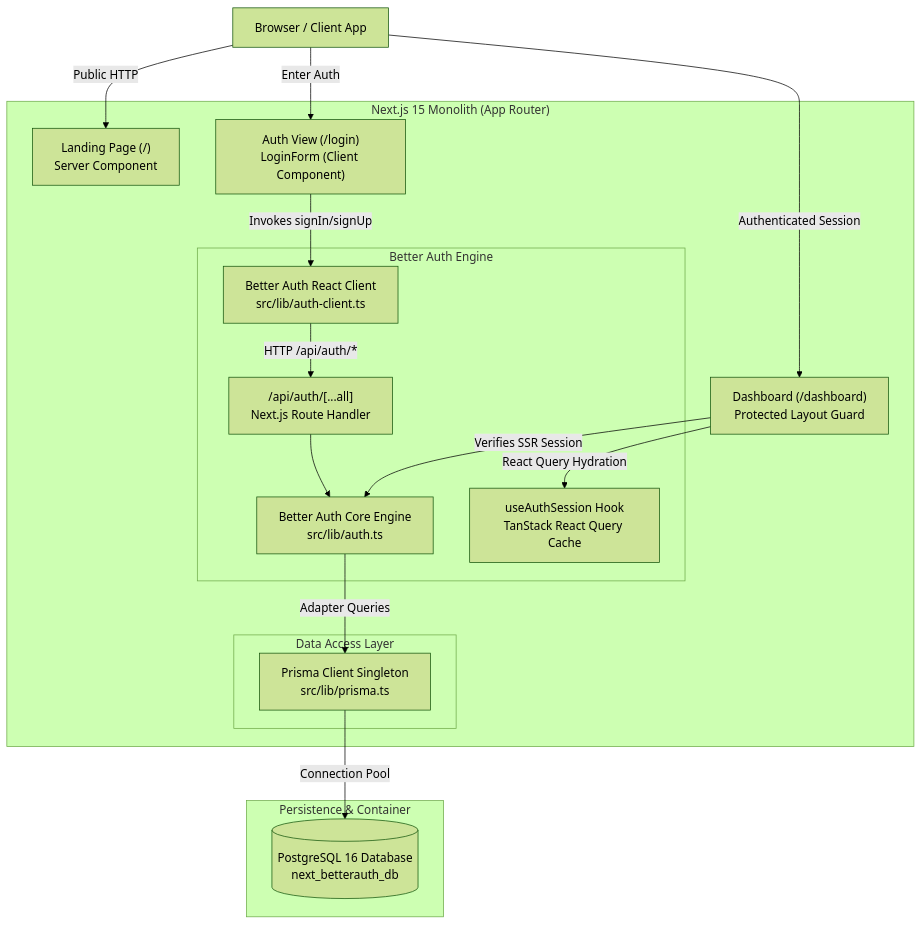
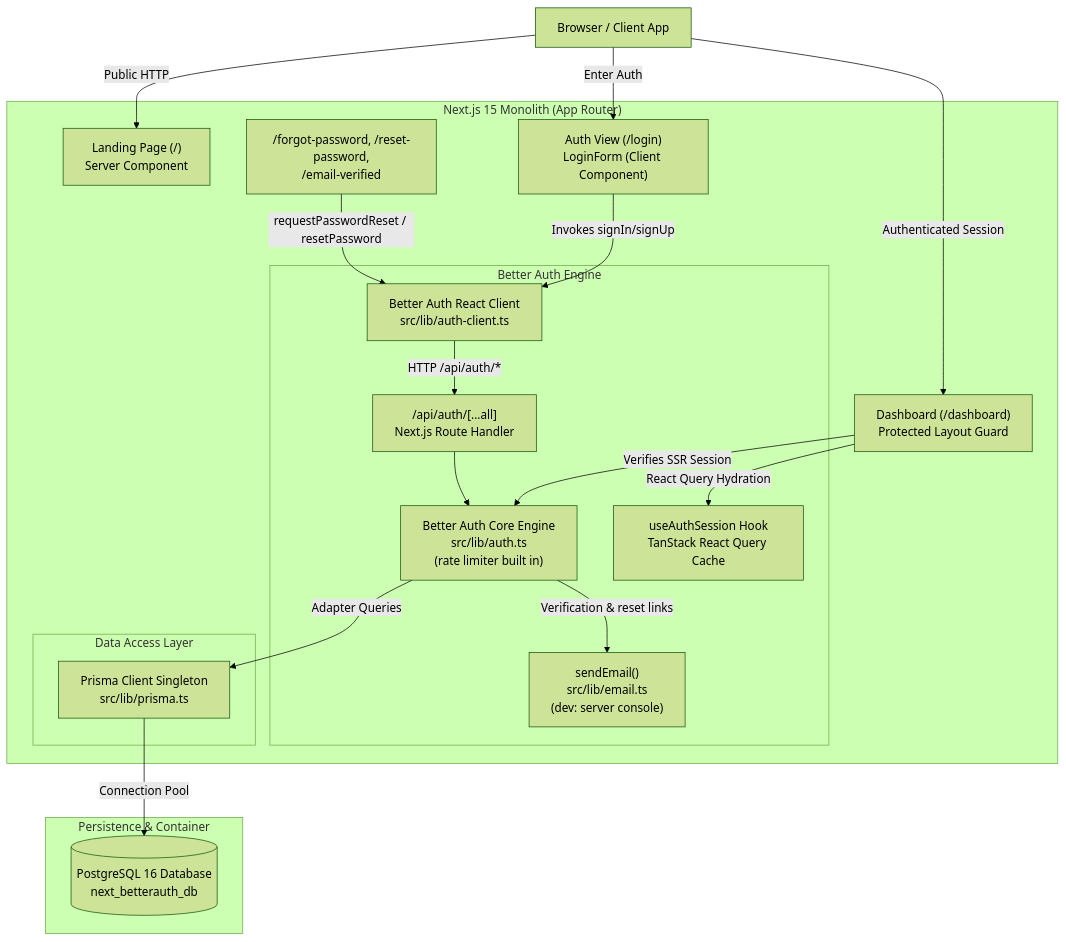
Before and after one commit to rmValdez/next-betterAuth-monolith-template: the first of 4 diagrams in ARCHITECTURE.md, drawn with Mermaid (forest theme). The commit also changed other lines of this file and 14 other files, not shown here.

````diff
--- a/ARCHITECTURE.md
+++ b/ARCHITECTURE.md
@@ -9,41 +9,45 @@
 ```mermaid
 graph TD
     Client["Browser / Client App"]
 
     subgraph NextJS["Next.js 15 Monolith (App Router)"]
         Landing["Landing Page (/)<br/>Server Component"]
         LoginUI["Auth View (/login)<br/>LoginForm (Client Component)"]
+        RecoveryUI["/forgot-password, /reset-password,<br/>/email-verified"]
         DashboardUI["Dashboard (/dashboard)<br/>Protected Layout Guard"]
 
         subgraph AuthLayer["Better Auth Engine"]
             APIHandler["/api/auth/[...all]<br/>Next.js Route Handler"]
-            AuthLib["Better Auth Core Engine<br/>src/lib/auth.ts"]
+            AuthLib["Better Auth Core Engine<br/>src/lib/auth.ts<br/>(rate limiter built in)"]
+            Mailer["sendEmail()<br/>src/lib/email.ts<br/>(dev: server console)"]
             AuthClient["Better Auth React Client<br/>src/lib/auth-client.ts"]
             UseSessionHook["useAuthSession Hook<br/>TanStack React Query Cache"]
         end
 
         subgraph DAL["Data Access Layer"]
             PrismaClient["Prisma Client Singleton<br/>src/lib/prisma.ts"]
         end
     end
 
     subgraph DataStore["Persistence & Container"]
         PostgresDB[("PostgreSQL 16 Database<br/>next_betterauth_db")]
     end
 
     %% Client Interactions
     Client -->|Public HTTP| Landing
     Client -->|Enter Auth| LoginUI
     Client -->|Authenticated Session| DashboardUI
 
     %% Auth Flows
     LoginUI -->|Invokes signIn/signUp| AuthClient
+    RecoveryUI -->|requestPasswordReset / resetPassword| AuthClient
+    AuthLib -->|Verification & reset links| Mailer
     DashboardUI -->|Verifies SSR Session| AuthLib
     AuthClient -->|HTTP /api/auth/*| APIHandler
     APIHandler --> AuthLib
     AuthLib -->|Adapter Queries| PrismaClient
     DashboardUI -->|React Query Hydration| UseSessionHook
 
     %% Persistence
     PrismaClient -->|Connection Pool| PostgresDB
 ```
````
